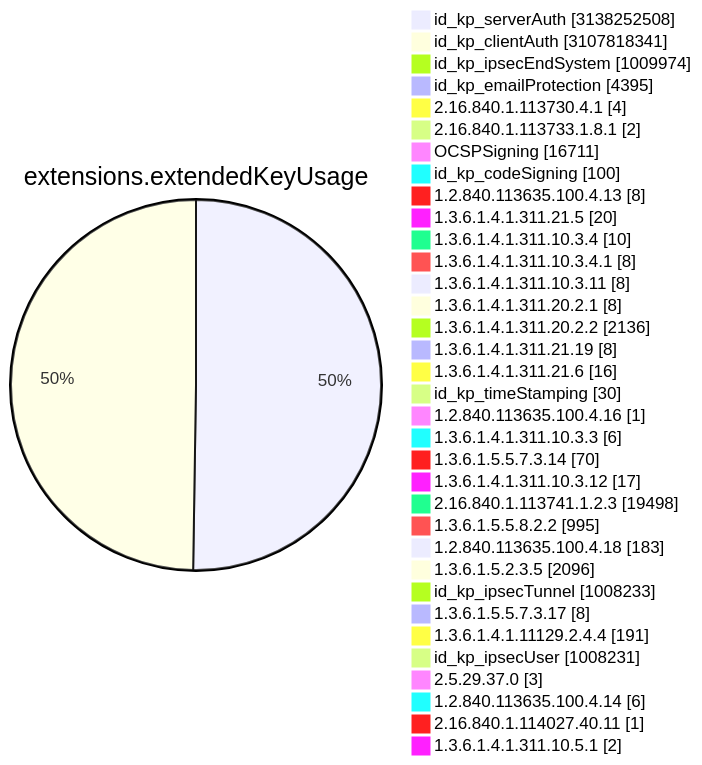
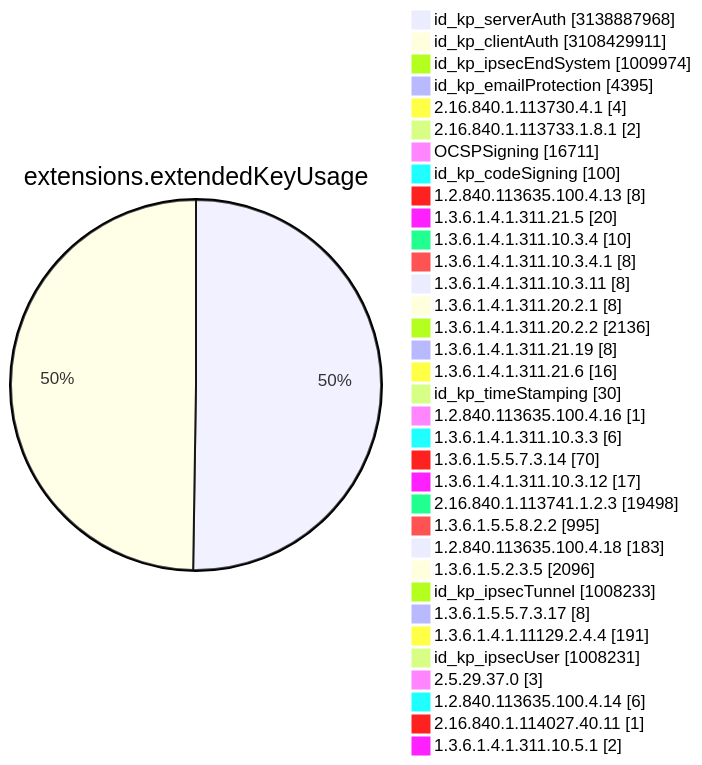
Diagram 11 of 15 in TOTAL/README.md (christiankrug/ctmonitor_visualization), drawn with Mermaid before and after one commit. The commit also changed other lines of this file, not shown here.

````diff
--- a/TOTAL/README.md
+++ b/TOTAL/README.md
@@ -4119,38 +4119,38 @@
 ```mermaid
 pie showData
 title extensions.extendedKeyUsage
-"id_kp_serverAuth" :3138252508
-"id_kp_clientAuth" :3107818341
+"id_kp_serverAuth" :3138887968
+"id_kp_clientAuth" :3108429911
 "id_kp_ipsecEndSystem" :1009974
 "id_kp_emailProtection" :4395
 "2.16.840.1.113730.4.1" :4
 "2.16.840.1.113733.1.8.1" :2
 "OCSPSigning" :16711
 "id_kp_codeSigning" :100
 "1.2.840.113635.100.4.13" :8
 "1.3.6.1.4.1.311.21.5" :20
 "1.3.6.1.4.1.311.10.3.4" :10
 "1.3.6.1.4.1.311.10.3.4.1" :8
 "1.3.6.1.4.1.311.10.3.11" :8
 "1.3.6.1.4.1.311.20.2.1" :8
 "1.3.6.1.4.1.311.20.2.2" :2136
 "1.3.6.1.4.1.311.21.19" :8
 "1.3.6.1.4.1.311.21.6" :16
 "id_kp_timeStamping" :30
 "1.2.840.113635.100.4.16" :1
 "1.3.6.1.4.1.311.10.3.3" :6
 "1.3.6.1.5.5.7.3.14" :70
 "1.3.6.1.4.1.311.10.3.12" :17
 "2.16.840.1.113741.1.2.3" :19498
 "1.3.6.1.5.5.8.2.2" :995
 "1.2.840.113635.100.4.18" :183
 "1.3.6.1.5.2.3.5" :2096
 "id_kp_ipsecTunnel" :1008233
 "1.3.6.1.5.5.7.3.17" :8
 "1.3.6.1.4.1.11129.2.4.4" :191
 "id_kp_ipsecUser" :1008231
 "2.5.29.37.0" :3
 "1.2.840.113635.100.4.14" :6
 "2.16.840.1.114027.40.11" :1
 "1.3.6.1.4.1.311.10.5.1" :2
 ```
````
